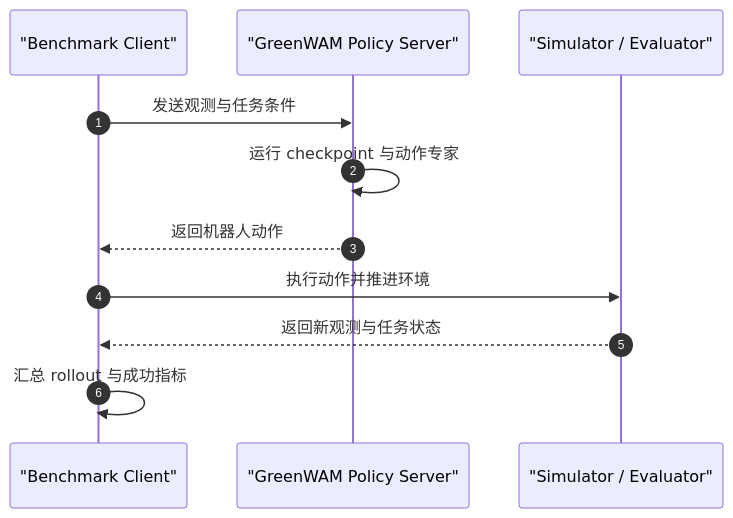
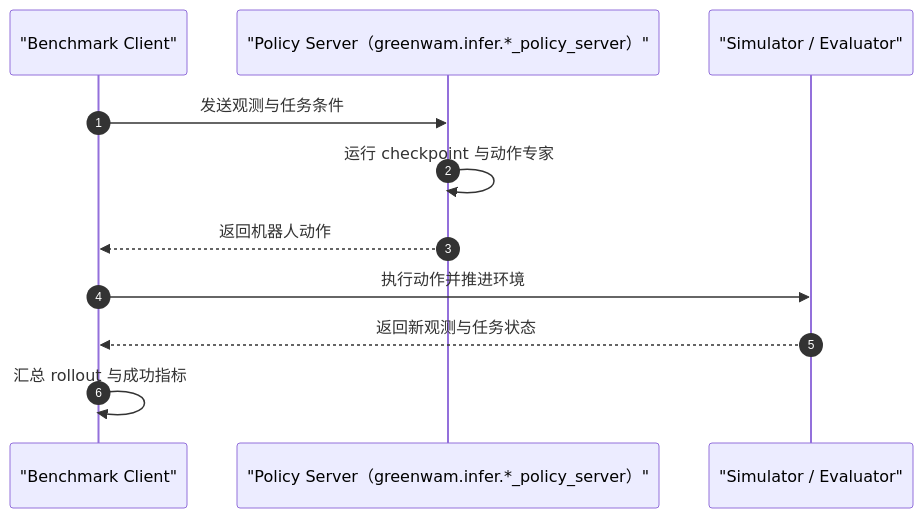
Before and after one commit to ImChong/Robotics_Notebooks: the second of 2 diagrams in wiki/entities/paper-greenwam.md, drawn with Mermaid. The commit also changed other lines of this file and 9 other files, not shown here.

````diff
--- a/wiki/entities/paper-greenwam.md
+++ b/wiki/entities/paper-greenwam.md
@@ -65,13 +75,13 @@
 ```mermaid
 sequenceDiagram
   autonumber
   participant C as "Benchmark Client"
-  participant P as "GreenWAM Policy Server"
+  participant P as "Policy Server（greenwam.infer.*_policy_server）"
   participant S as "Simulator / Evaluator"
   C->>P: 发送观测与任务条件
   P->>P: 运行 checkpoint 与动作专家
   P-->>C: 返回机器人动作
   C->>S: 执行动作并推进环境
   S-->>C: 返回新观测与任务状态
   C->>C: 汇总 rollout 与成功指标
 ```
````
